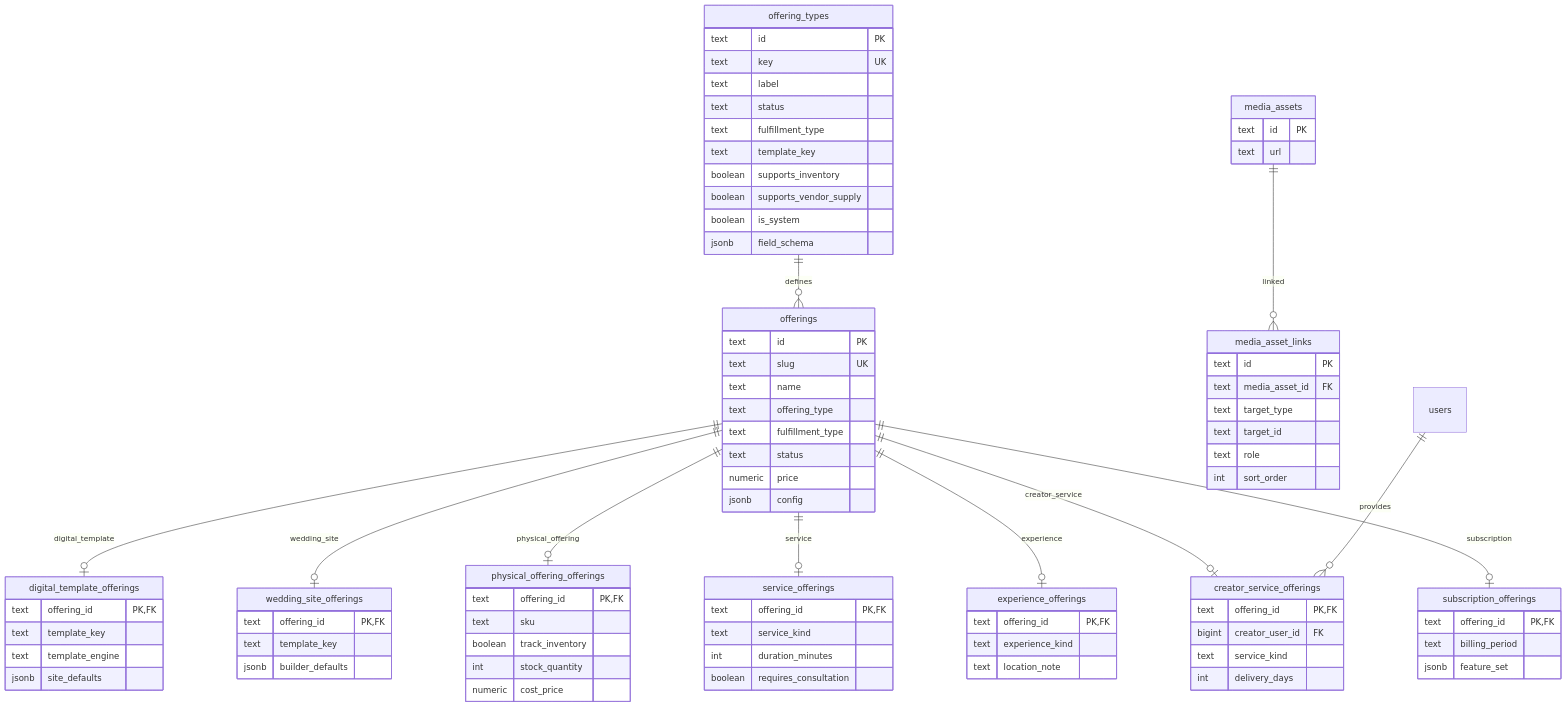
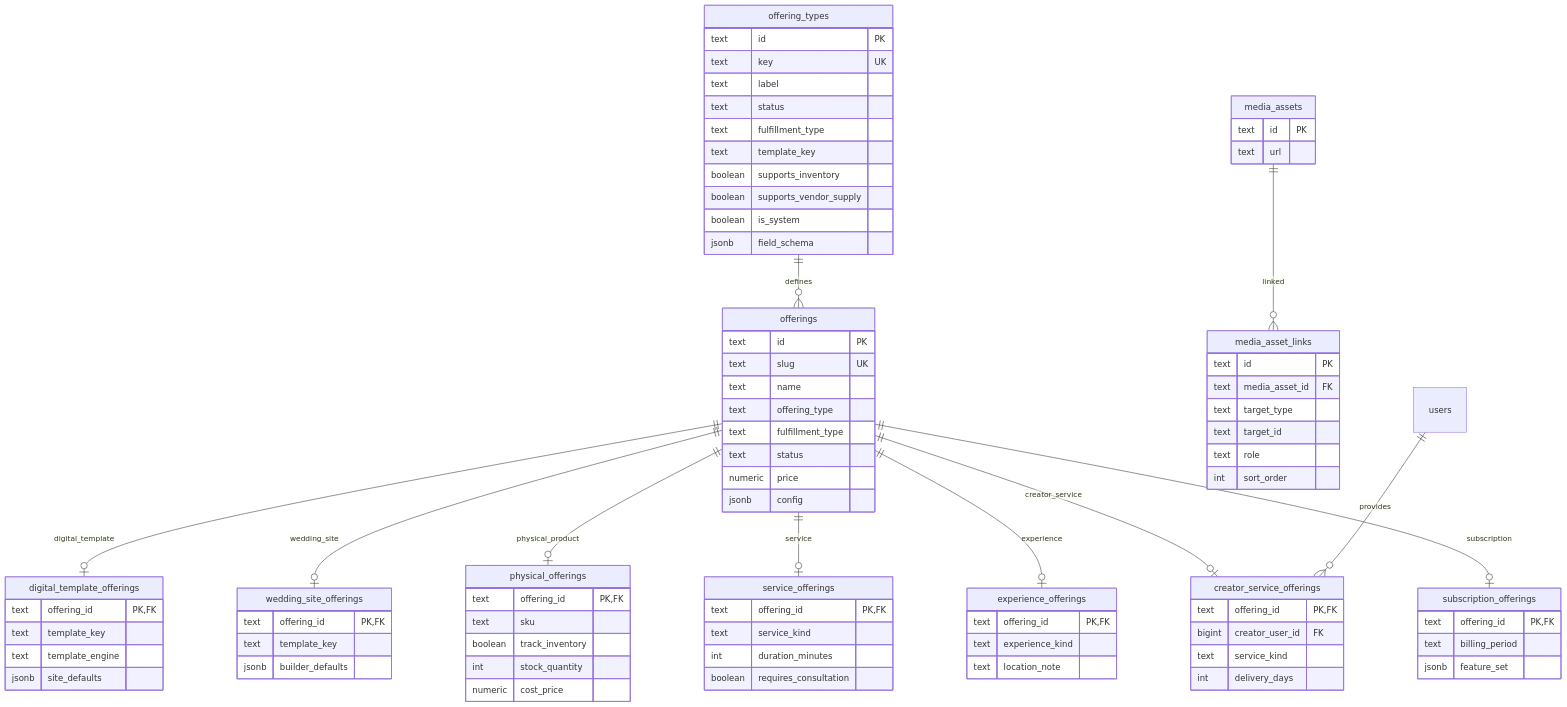
The second of 8 diagrams in docs/schema.md (hoangpham2263/pinklove), drawn with Mermaid before and after one commit. The commit also changed other lines of this file and 64 other files, not shown here.

```diff
--- a/docs/schema.md
+++ b/docs/schema.md
@@ -166,7 +189,7 @@
     jsonb builder_defaults
   }
 
-  physical_offering_offerings {
+  physical_offerings {
     text offering_id PK, FK
     text sku
     boolean track_inventory
@@ -218,7 +241,7 @@
   offering_types ||--o{ offerings : defines
   offerings ||--o| digital_template_offerings : digital_template
   offerings ||--o| wedding_site_offerings : wedding_site
-  offerings ||--o| physical_offering_offerings : physical_offering
+  offerings ||--o| physical_offerings : physical_product
   offerings ||--o| service_offerings : service
   offerings ||--o| creator_service_offerings : creator_service
   offerings ||--o| experience_offerings : experience
```
